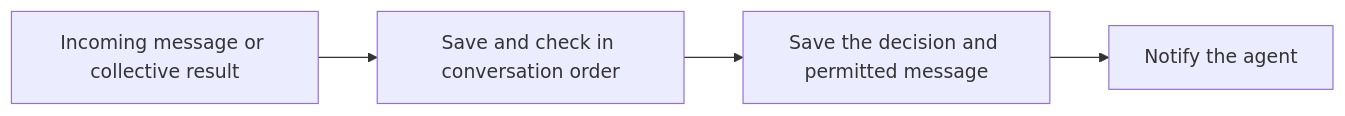
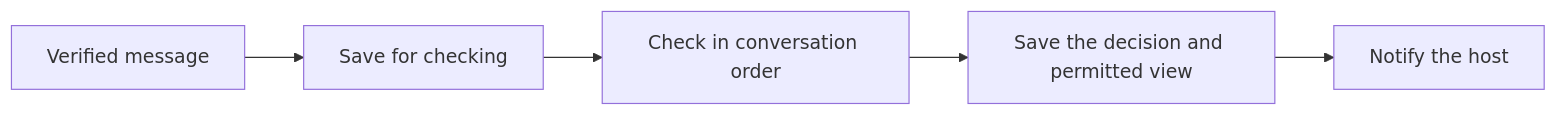
One commit to social-harness/moltzap changed the second of 3 diagrams in packages/social-harness/src/daemon/README.md. Above: the diagram before and after it, drawn with Mermaid. The commit also changed other lines of this file and 19 other files, not shown here.

Commit message:
Simplify firewall behavior tests and explain the implemented flow

````diff
--- a/packages/social-harness/src/daemon/README.md
+++ b/packages/social-harness/src/daemon/README.md
@@ -34,6 +22,7 @@
 ```mermaid
 flowchart LR
-  A[Incoming message or collective result] --> B[Save and check in conversation order]
-  B --> C[Save the decision and permitted message]
-  C --> D[Notify the agent]
+  A[Verified message] --> B[Save for checking]
+  B --> C[Check in conversation order]
+  C --> D[Save the decision and permitted view]
+  D --> E[Notify the host]
 ```
````
